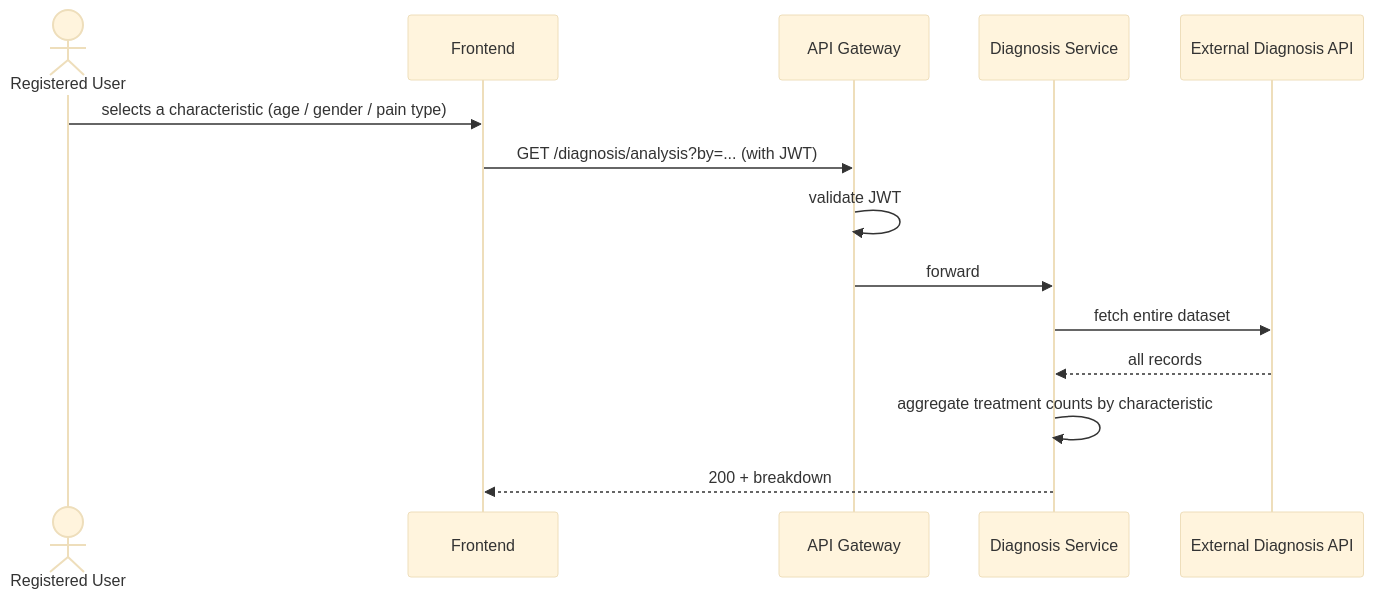
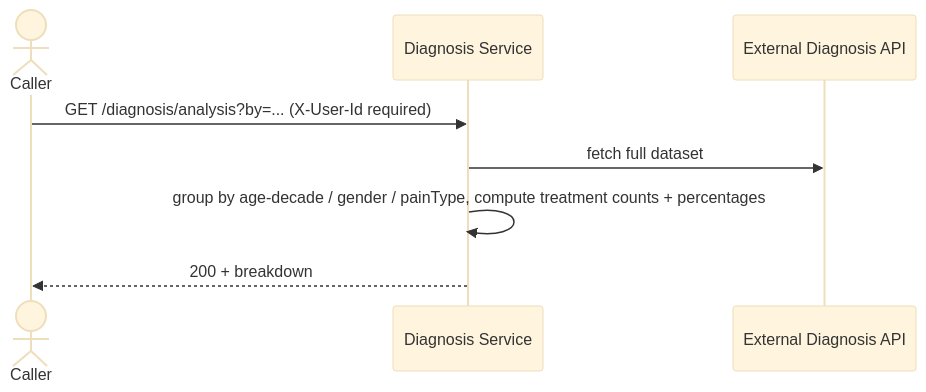
One commit to mathaisjustin/cardiac-diagonistics changed the third of 4 diagrams in docs/01-services/diagnosis-service/flows.md. Above: the diagram before and after it, drawn with Mermaid (base theme). The commit also changed other lines of this file and 29 other files, not shown here.

````diff
--- a/docs/01-services/diagnosis-service/flows.md
+++ b/docs/01-services/diagnosis-service/flows.md
@@ -51,17 +49,11 @@
 ```mermaid
 sequenceDiagram
-    actor U as Registered User
-    participant FE as Frontend
-    participant GW as API Gateway
+    actor U as Caller
     participant D as Diagnosis Service
     participant EXT as External Diagnosis API
 
-    U->>FE: selects a characteristic (age / gender / pain type)
-    FE->>GW: GET /diagnosis/analysis?by=... (with JWT)
-    GW->>GW: validate JWT
-    GW->>D: forward
-    D->>EXT: fetch entire dataset
-    EXT-->>D: all records
-    D->>D: aggregate treatment counts by characteristic
-    D-->>FE: 200 + breakdown
+    U->>D: GET /diagnosis/analysis?by=... (X-User-Id required)
+    D->>EXT: fetch full dataset
+    D->>D: group by age-decade / gender / painType, compute treatment counts + percentages
+    D-->>U: 200 + breakdown
 ```
````
